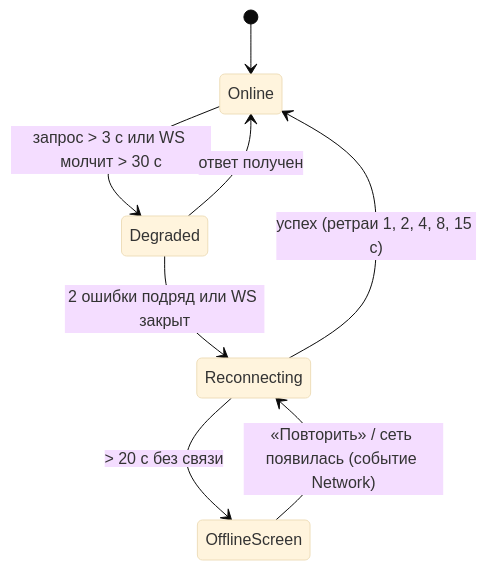
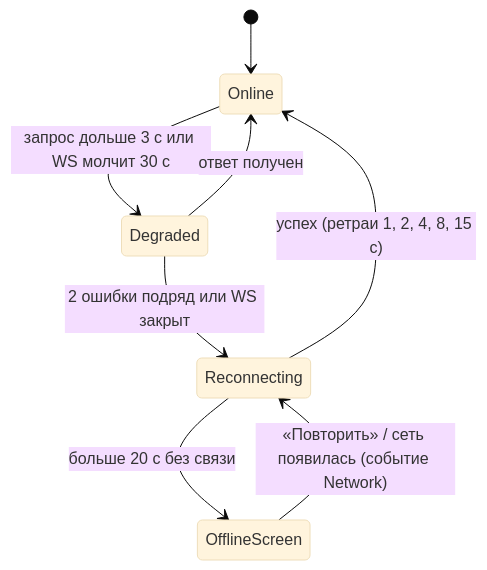
Before and after one commit to kaboomenko/Raivon: the ninth of 14 diagrams in docs/gdd/12_tech_analytics_roadmap.md, drawn with Mermaid (base theme). The commit also changed other lines of this file and 1 other file, not shown here.

````diff
--- a/docs/gdd/12_tech_analytics_roadmap.md
+++ b/docs/gdd/12_tech_analytics_roadmap.md
@@ -1239,10 +1255,10 @@
 ```mermaid
 stateDiagram-v2
   [*] --> Online
-  Online --> Degraded: запрос > 3 с или WS молчит > 30 с
+  Online --> Degraded: запрос дольше 3 с или WS молчит 30 с
   Degraded --> Online: ответ получен
   Degraded --> Reconnecting: 2 ошибки подряд или WS закрыт
   Reconnecting --> Online: успех (ретраи 1, 2, 4, 8, 15 с)
-  Reconnecting --> OfflineScreen: > 20 с без связи
+  Reconnecting --> OfflineScreen: больше 20 с без связи
   OfflineScreen --> Reconnecting: «Повторить» / сеть появилась (событие Network)
 ```
````
